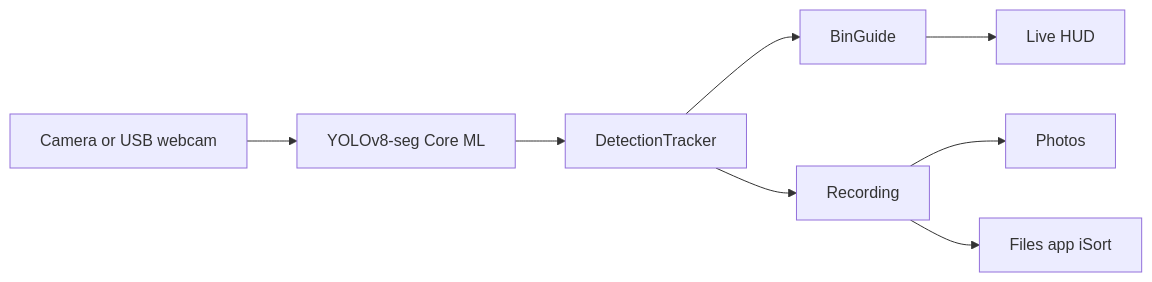
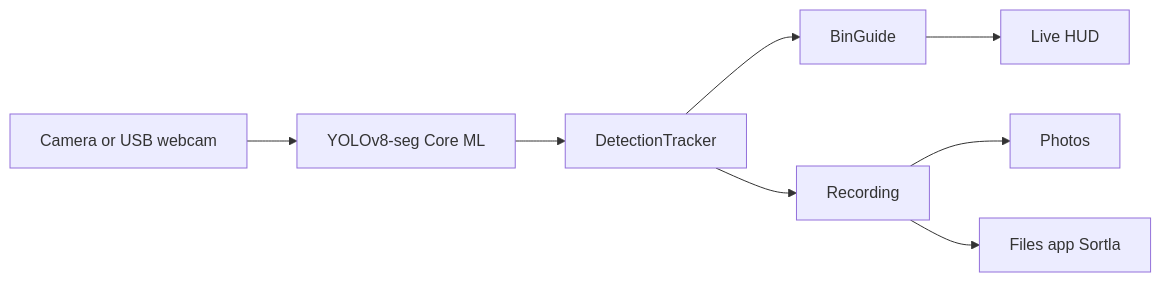
One commit to JavohirMX/waste-sort changed the diagram in README.md. Above: the diagram before and after it, drawn with Mermaid. The commit also changed other lines of this file and 5 other files, not shown here.

````diff
--- a/README.md
+++ b/README.md
@@ -39,17 +39,17 @@
 ```mermaid
 flowchart LR
   camera[Camera or USB webcam]
   yolo[YOLOv8-seg Core ML]
   tracker[DetectionTracker]
   bins[BinGuide]
   hud[Live HUD]
   rec[Recording]
 
   camera --> yolo
   yolo --> tracker
   tracker --> bins
   bins --> hud
   tracker --> rec
   rec --> photos[Photos]
-  rec --> files[Files app iSort]
+  rec --> files[Files app Sortla]
 ```
````
